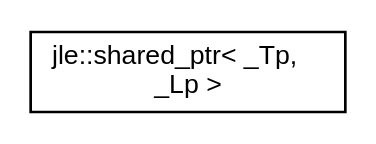
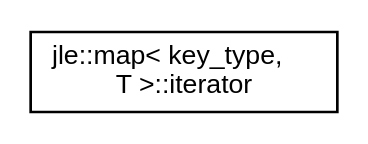
One commit to jleahred/jleahred.github.io changed the diagram in jle_cpp_tk.doc/inherit_graph_21.dot. Above: the diagram before and after it, drawn with Graphviz. The commit also changed 482 other files, not shown here.

```diff
--- a/jle_cpp_tk.doc/inherit_graph_21.dot
+++ b/jle_cpp_tk.doc/inherit_graph_21.dot
@@ -1,7 +1,7 @@
 digraph "Graphical Class Hierarchy"
 {
   edge [fontname="Helvetica",fontsize="10",labelfontname="Helvetica",labelfontsize="10"];
   node [fontname="Helvetica",fontsize="10",shape=record];
   rankdir="LR";
-  Node1 [label="jle::shared_ptr\< _Tp,\l _Lp \>",height=0.2,width=0.4,color="black", fillcolor="white", style="filled",URL="$classjle_1_1shared__ptr.html",tooltip="A safe std smart pointer WRAPPER. "];
+  Node1 [label="jle::map\< key_type,\l T \>::iterator",height=0.2,width=0.4,color="black", fillcolor="white", style="filled",URL="$classjle_1_1map_1_1iterator.html"];
 }
```
